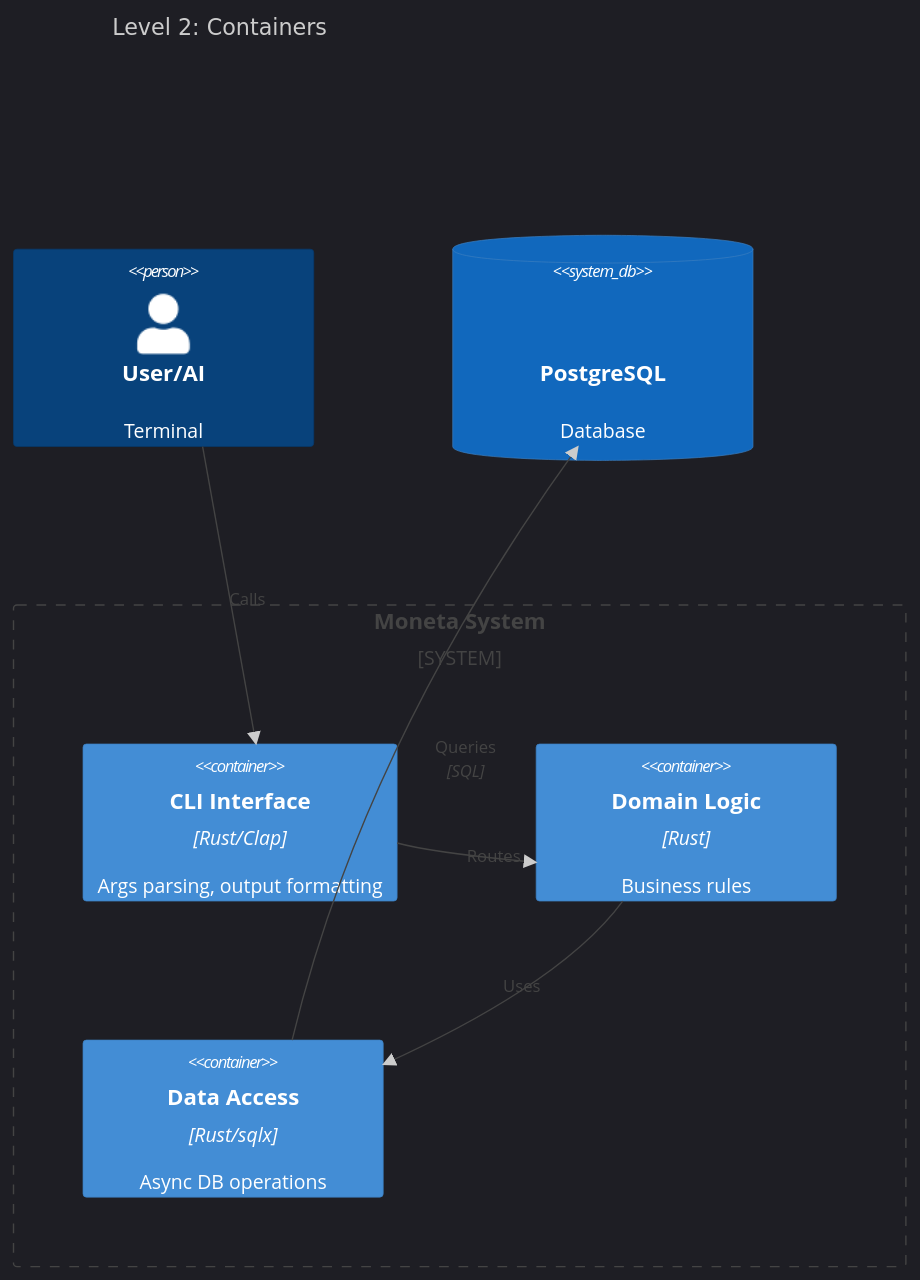
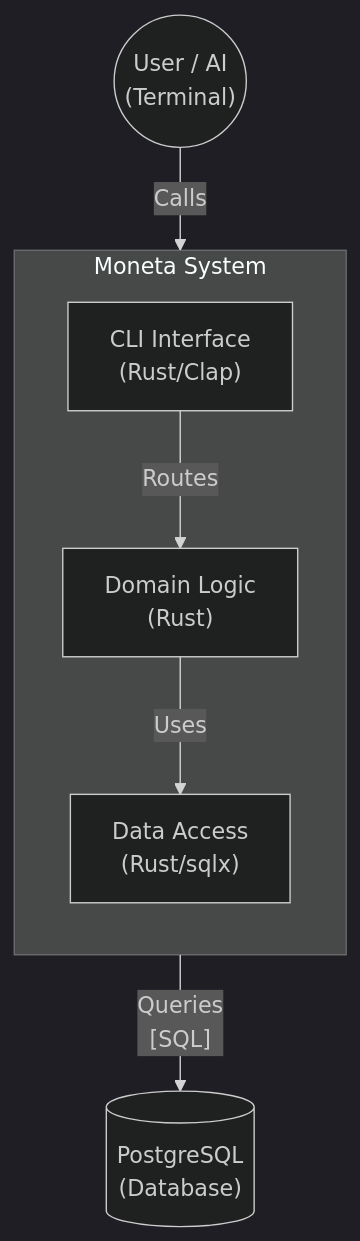
The second of 5 diagrams in architecture.md (mickaelyoshua/moneta-cli), drawn with Mermaid (dark theme) before and after one commit. The commit also changed other lines of this file, not shown here.

First line of the commit message:
docs: convert c4 models to standard mermaid flowcharts

````diff
--- a/architecture.md
+++ b/architecture.md
@@ -19,19 +19,18 @@
 ```mermaid
-C4Container
-  title Level 2: Containers
+flowchart TD
+  User(("User / AI\n(Terminal)"))
 
-  Person(user, "User/AI", "Terminal")
-  
-  System_Boundary(moneta, "Moneta System") {
-    Container(cli, "CLI Interface", "Rust/Clap", "Args parsing, output formatting")
-    Container(core, "Domain Logic", "Rust", "Business rules")
-    Container(db_layer, "Data Access", "Rust/sqlx", "Async DB operations")
-  }
-  
-  SystemDb(db, "PostgreSQL", "Database", "Unified tables")
+  subgraph Moneta["Moneta System"]
+    direction TB
+    CLI["CLI Interface\n(Rust/Clap)"]
+    Core["Domain Logic\n(Rust)"]
+    DBLayer["Data Access\n(Rust/sqlx)"]
+  end
 
-  Rel(user, cli, "Calls")
-  Rel(cli, core, "Routes")
-  Rel(core, db_layer, "Uses")
-  Rel(db_layer, db, "Queries", "SQL")
+  DB[("PostgreSQL\n(Database)")]
+
+  User -- "Calls" --> CLI
+  CLI -- "Routes" --> Core
+  Core -- "Uses" --> DBLayer
+  DBLayer -- "Queries\n[SQL]" --> DB
 ```
````
